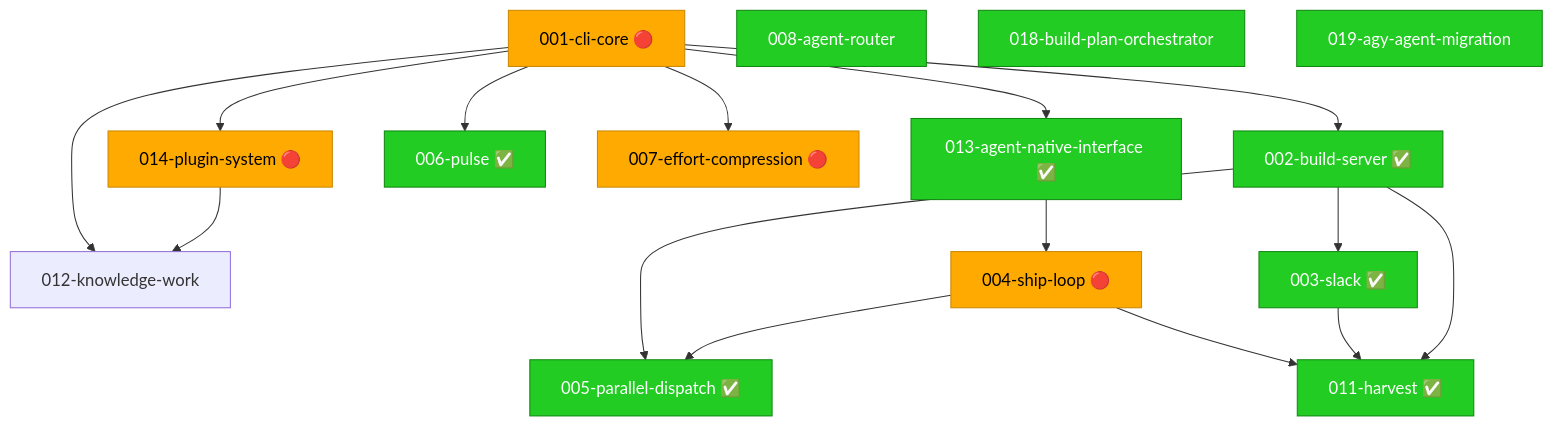
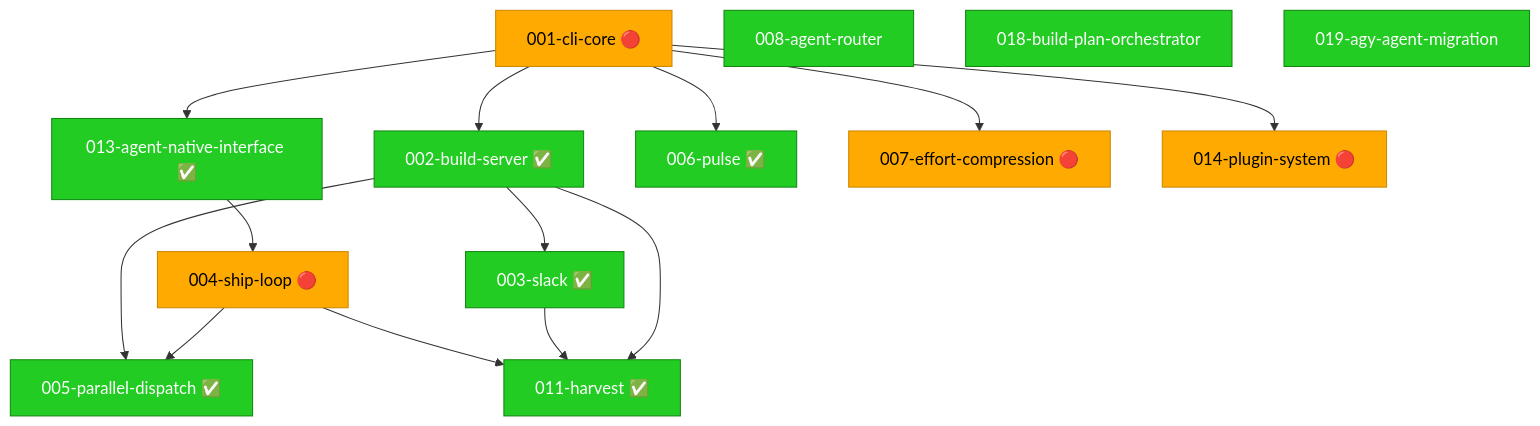
The first of 2 diagrams in specs/000-build-plan.md (gforge-esc/gwrk), drawn with Mermaid before and after one commit. The commit also changed other lines of this file, not shown here.

First line of the commit message:
plan: close 012-knowledge-work (externalized to gwrk-plugins)

````diff
--- a/specs/000-build-plan.md
+++ b/specs/000-build-plan.md
@@ -21,30 +21,30 @@
 ```mermaid
 graph TD
     001-cli-core["001-cli-core 🔴"] --> 013-agent-native-interface["013-agent-native-interface ✅"]
     001-cli-core["001-cli-core 🔴"] --> 002-build-server["002-build-server ✅"]
     001-cli-core["001-cli-core 🔴"] --> 006-pulse["006-pulse ✅"]
     001-cli-core["001-cli-core 🔴"] --> 007-effort-compression["007-effort-compression 🔴"]
-    001-cli-core["001-cli-core 🔴"] --> 012-knowledge-work["012-knowledge-work"]
+
     001-cli-core["001-cli-core 🔴"] --> 014-plugin-system["014-plugin-system 🔴"]
     002-build-server["002-build-server ✅"] --> 003-slack["003-slack ✅"]
     002-build-server["002-build-server ✅"] --> 005-parallel-dispatch["005-parallel-dispatch ✅"]
     013-agent-native-interface["013-agent-native-interface ✅"] --> 004-ship-loop["004-ship-loop 🔴"]
     004-ship-loop["004-ship-loop 🔴"] --> 005-parallel-dispatch["005-parallel-dispatch ✅"]
     004-ship-loop["004-ship-loop 🔴"] --> 011-harvest["011-harvest ✅"]
-    014-plugin-system["014-plugin-system 🔴"] --> 012-knowledge-work["012-knowledge-work"]
+
     003-slack["003-slack ✅"] --> 011-harvest["011-harvest ✅"]
     002-build-server["002-build-server ✅"] --> 011-harvest["011-harvest ✅"]
     style 001-cli-core fill:#ffaa00,stroke:#cc8800,color:#000
     style 002-build-server fill:#22cc22,stroke:#118811,color:#fff
     style 003-slack fill:#22cc22,stroke:#118811,color:#fff
     style 004-ship-loop fill:#ffaa00,stroke:#cc8800,color:#000
     style 005-parallel-dispatch fill:#22cc22,stroke:#118811,color:#fff
     style 006-pulse fill:#22cc22,stroke:#118811,color:#fff
     style 007-effort-compression fill:#ffaa00,stroke:#cc8800,color:#000
     style 008-agent-router fill:#22cc22,stroke:#118811,color:#fff
     style 011-harvest fill:#22cc22,stroke:#118811,color:#fff
     style 013-agent-native-interface fill:#22cc22,stroke:#118811,color:#fff
     style 014-plugin-system fill:#ffaa00,stroke:#cc8800,color:#000
     style 018-build-plan-orchestrator fill:#22cc22,stroke:#118811,color:#fff
     style 019-agy-agent-migration fill:#22cc22,stroke:#118811,color:#fff
 ```
````
